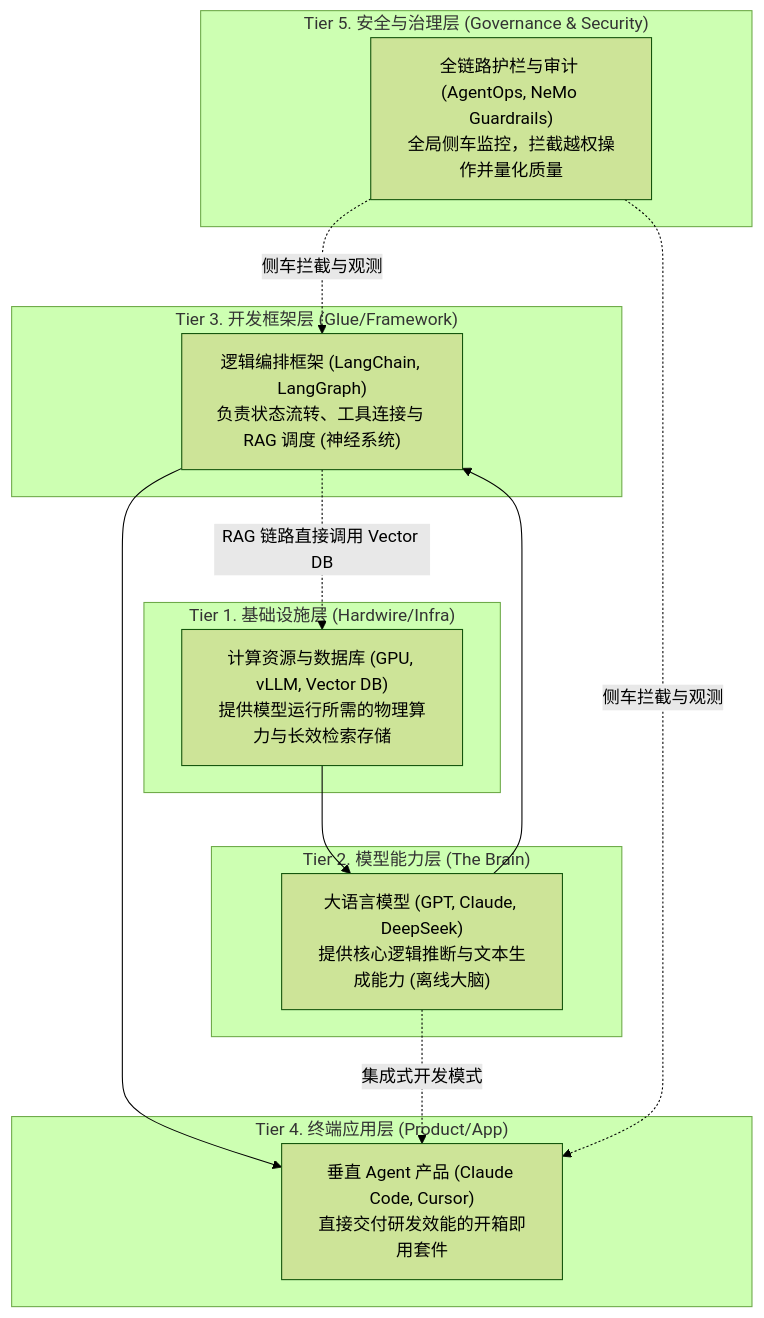
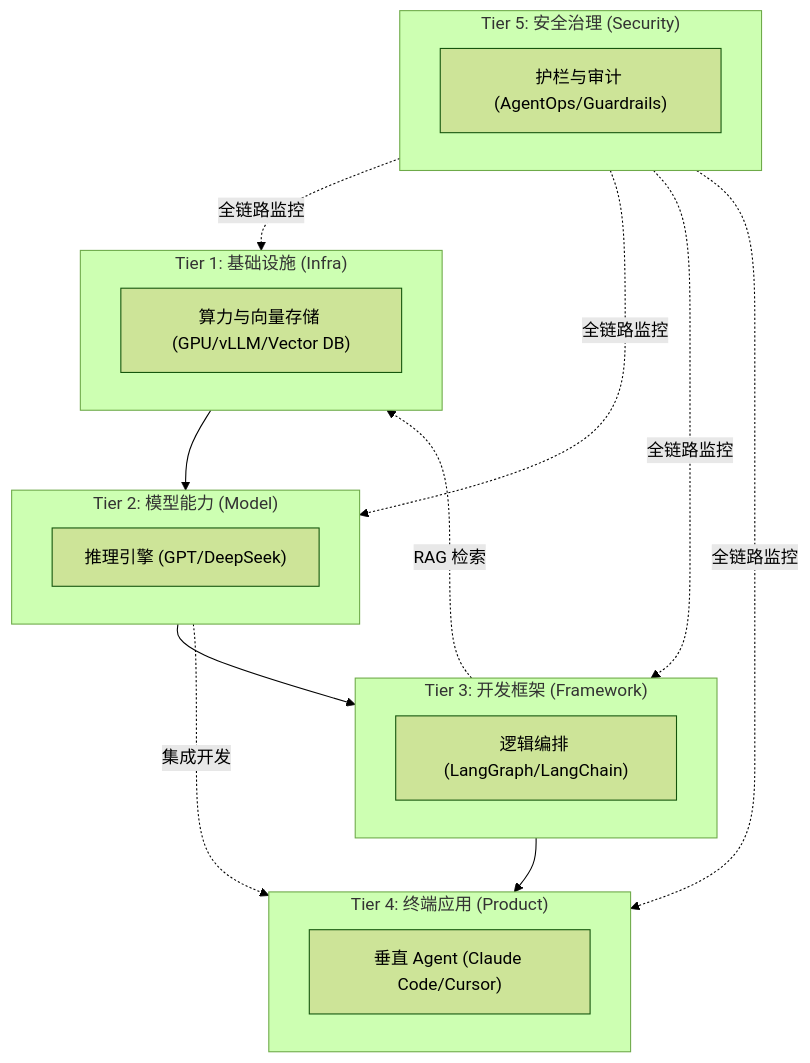
The second of 15 diagrams in doc/AI_Knowledge_Roadmap.md (wangchong2023/lang-chain-graph), drawn with Mermaid (forest theme) before and after one commit. The commit also changed other lines of this file and 2 other files, not shown here.

Commit message:
chore: ignore .DS_Store files and update AI knowledge roadmap documentation

````diff
--- a/doc/AI_Knowledge_Roadmap.md
+++ b/doc/AI_Knowledge_Roadmap.md
@@ -83,37 +83,32 @@
 ```mermaid
 graph TD
-    subgraph "Tier 4. 终端应用层 (Product/App)"
-        App["垂直 Agent 产品 (Claude Code, Cursor)<br>直接交付研发效能的开箱即用套件"]
+    subgraph P ["Tier 4: 终端应用 (Product)"]
+        App["垂直 Agent (Claude Code/Cursor)"]
     end
 
-    subgraph "Tier 3. 开发框架层 (Glue/Framework)"
-        Framework["逻辑编排框架 (LangChain, LangGraph)<br>负责状态流转、工具连接与 RAG 调度 (神经系统)"]
+    subgraph F ["Tier 3: 开发框架 (Framework)"]
+        Framework["逻辑编排 (LangGraph/LangChain)"]
     end
 
-    subgraph "Tier 2. 模型能力层 (The Brain)"
-        Model["大语言模型 (GPT, Claude, DeepSeek)<br>提供核心逻辑推断与文本生成能力 (离线大脑)"]
+    subgraph M ["Tier 2: 模型能力 (Model)"]
+        Model["推理引擎 (GPT/DeepSeek)"]
     end
 
-    subgraph "Tier 1. 基础设施层 (Hardwire/Infra)"
-        Infra["计算资源与数据库 (GPU, vLLM, Vector DB)<br>提供模型运行所需的物理算力与长效检索存储"]
+    subgraph I ["Tier 1: 基础设施 (Infra)"]
+        Infra["算力与向量存储 (GPU/vLLM/Vector DB)"]
     end
 
-    subgraph "Tier 5. 安全与治理层 (Governance & Security)"
-        Gov["全链路护栏与审计 (AgentOps, NeMo Guardrails)<br>全局侧车监控，拦截越权操作并量化质量"]
+    subgraph G ["Tier 5: 安全治理 (Security)"]
+        Gov["护栏与审计 (AgentOps/Guardrails)"]
     end
 
     %% 纵向依赖关系
-    Infra --> Model
-    Model --> Framework
-    Framework --> App
+    I --> M
+    M --> F
+    F --> P
     
-    %% 横向关联: 框架层直接调用基础设施层的向量数据库
-    Framework -. "RAG 链路直接调用 Vector DB" .-> Infra
-
-    %% 特殊路径: 垂类产品可能不经过框架层
-    Model -. "集成式开发模式" .-> App
-
-    %% 治理层包裹全局
-    Gov -. "侧车拦截与观测" .-> App
-    Gov -. "侧车拦截与观测" .-> Framework
+    %% 交互细节
+    F -. "RAG 检索" .-> I
+    M -. "集成开发" .-> P
+    G -. "全链路监控" .-> I & M & F & P
 ```
````
